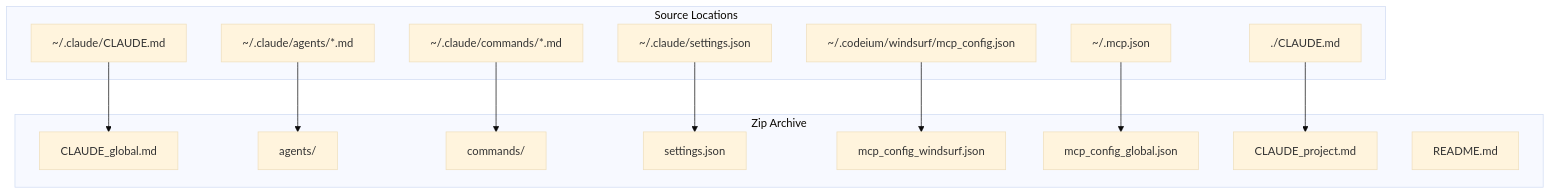
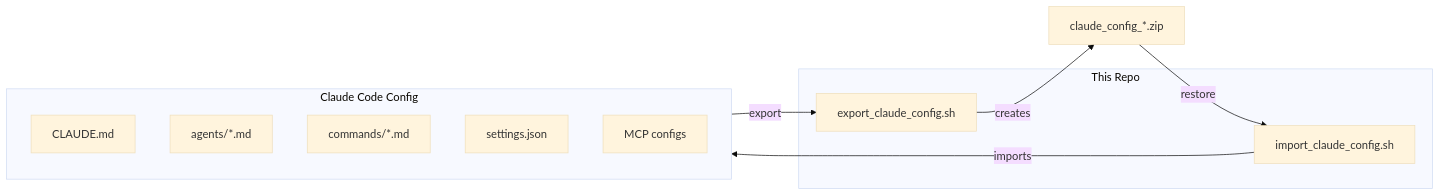
Before and after one commit to lehidalgo/claude-settings-zip: the diagram in README.md, drawn with Mermaid (base theme). The commit also changed other lines of this file and 1 other file, not shown here.

First line of the commit message:
feat: add import script for restoring Claude Code config

````diff
--- a/README.md
+++ b/README.md
@@ -12,31 +17,20 @@
 ```mermaid
-flowchart TD
-    subgraph Source["Source Locations"]
-        A["~/.claude/CLAUDE.md"]
-        B["~/.claude/agents/*.md"]
-        C["~/.claude/commands/*.md"]
-        D["~/.claude/settings.json"]
-        E["~/.codeium/windsurf/mcp_config.json"]
-        F["~/.mcp.json"]
-        G["./CLAUDE.md"]
+flowchart LR
+    subgraph Config["Claude Code Config"]
+        A["CLAUDE.md"]
+        B["agents/*.md"]
+        C["commands/*.md"]
+        D["settings.json"]
+        E["MCP configs"]
     end
 
-    subgraph Export["Zip Archive"]
-        H["CLAUDE_global.md"]
-        I["agents/"]
-        J["commands/"]
-        K["settings.json"]
-        L["mcp_config_windsurf.json"]
-        M["mcp_config_global.json"]
-        N["CLAUDE_project.md"]
-        O["README.md"]
+    subgraph Scripts["This Repo"]
+        F["export_claude_config.sh"]
+        G["import_claude_config.sh"]
     end
 
-    A --> H
-    B --> I
-    C --> J
-    D --> K
-    E --> L
-    F --> M
-    G --> N
+    Config -->|export| F
+    F -->|creates| H["claude_config_*.zip"]
+    H -->|restore| G
+    G -->|imports| Config
 ```
````
